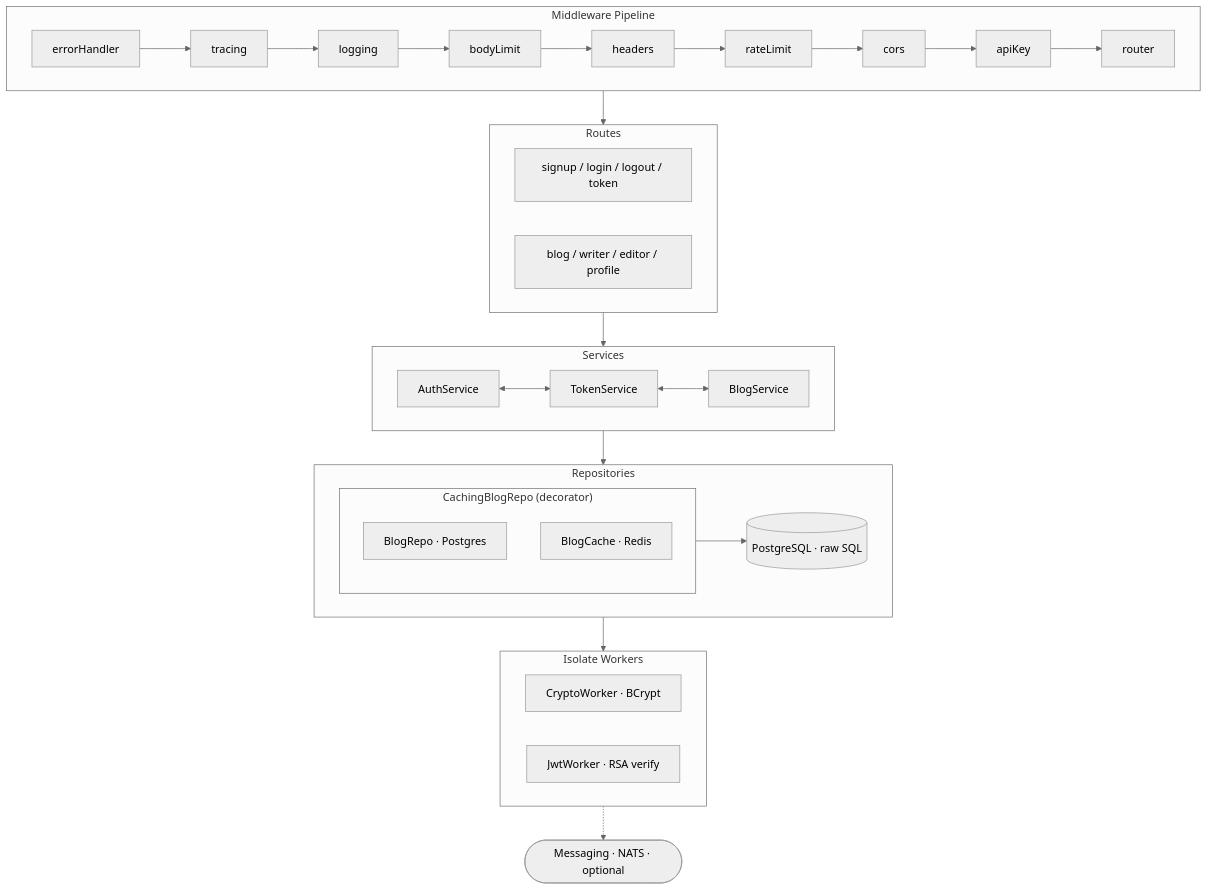
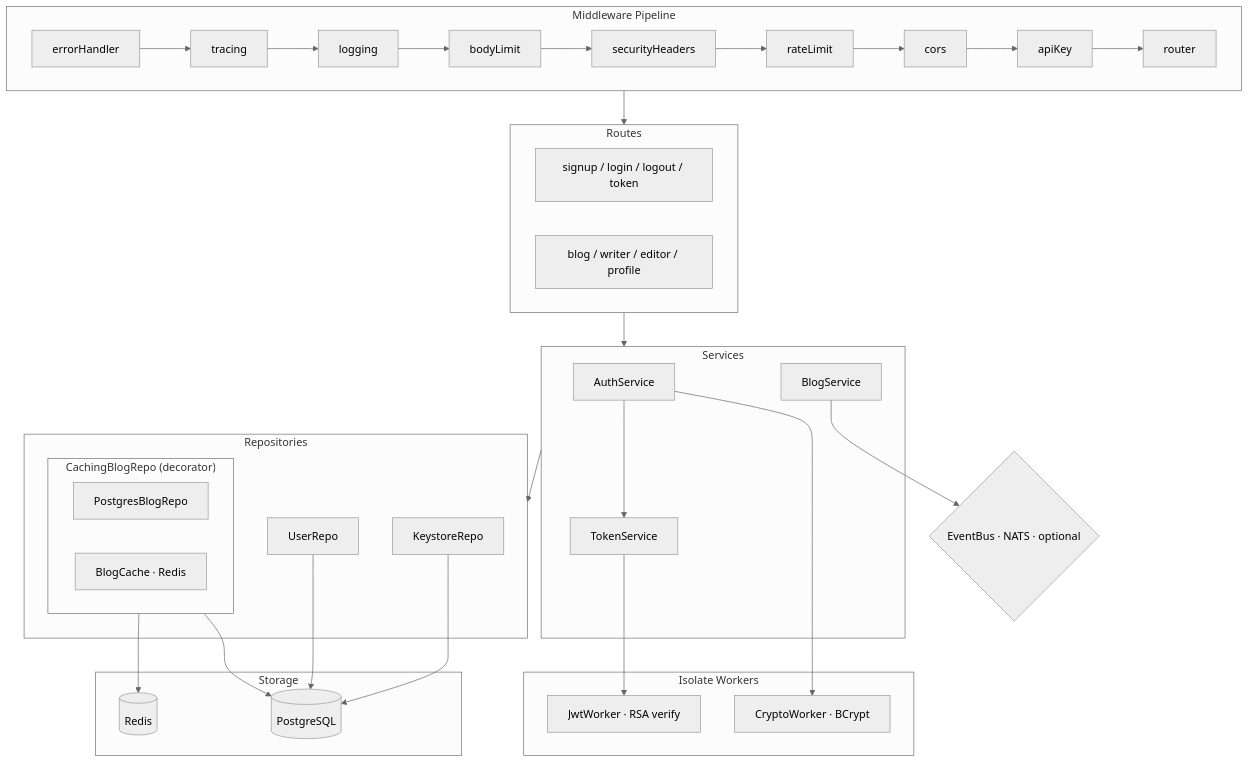
The diagram in README.md (donfreddy/dart-backend-architecture), drawn with Mermaid (neutral theme) before and after one commit. The commit also changed other lines of this file, not shown here.

Commit message:
docs: update architecture diagram and restructure repository visualization in README

````diff
--- a/README.md
+++ b/README.md
@@ -47,42 +47,53 @@
 ```mermaid
 graph TD
     subgraph MW["Middleware Pipeline"]
         direction LR
-        A[errorHandler] --> B[tracing] --> C[logging] --> D[bodyLimit] --> E[headers] --> F[rateLimit] --> G[cors] --> H[apiKey] --> I[router]
+        A[errorHandler] --> B[tracing] --> C[logging]
+        C --> D[bodyLimit] --> E[securityHeaders]
+        E --> F[rateLimit] --> G[cors] --> H[apiKey] --> I[router]
     end
 
     subgraph Routes["Routes"]
         R1[signup / login / logout / token]
         R2[blog / writer / editor / profile]
     end
 
     subgraph Services["Services"]
         S1[AuthService]
         S2[TokenService]
         S3[BlogService]
     end
 
-    subgraph Repos["Repositories"]
-        PG[(PostgreSQL · raw SQL)]
-        subgraph CACHE["CachingBlogRepo (decorator)"]
-            BR[BlogRepo · Postgres]
-            BC[BlogCache · Redis]
-        end
-    end
-
     subgraph Workers["Isolate Workers"]
         W1[CryptoWorker · BCrypt]
         W2[JwtWorker · RSA verify]
     end
 
-    NATS([Messaging · NATS · optional])
+    subgraph Repos["Repositories"]
+        subgraph CACHE["CachingBlogRepo (decorator)"]
+            BR[PostgresBlogRepo]
+            BC[BlogCache · Redis]
+        end
+        UR[UserRepo]
+        KR[KeystoreRepo]
+    end
+
+    subgraph Storage["Storage"]
+        PG[(PostgreSQL)]
+        RD[(Redis)]
+    end
+
+    EB{EventBus · NATS · optional}
 
     MW --> Routes
     Routes --> Services
-    S1 <--> S2
-    S2 <--> S3
+    S1 --> W1
+    S1 --> S2
+    S2 --> W2
+    S3 --> EB
     Services --> Repos
+    UR --> PG
+    KR --> PG
     CACHE --> PG
-    Repos --> Workers
-    Workers -.-> NATS
+    CACHE --> RD
 ```
````
